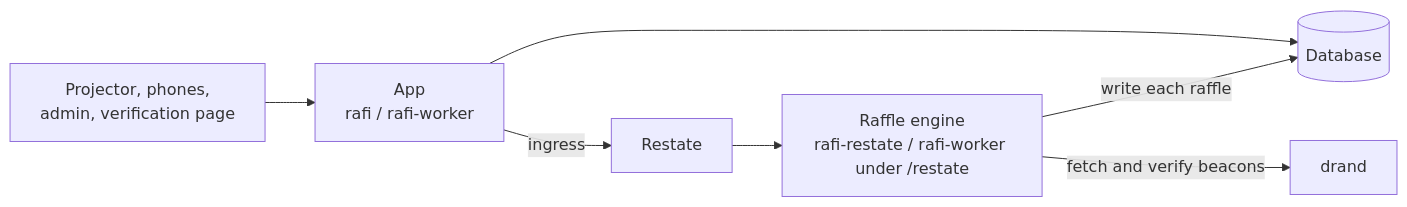
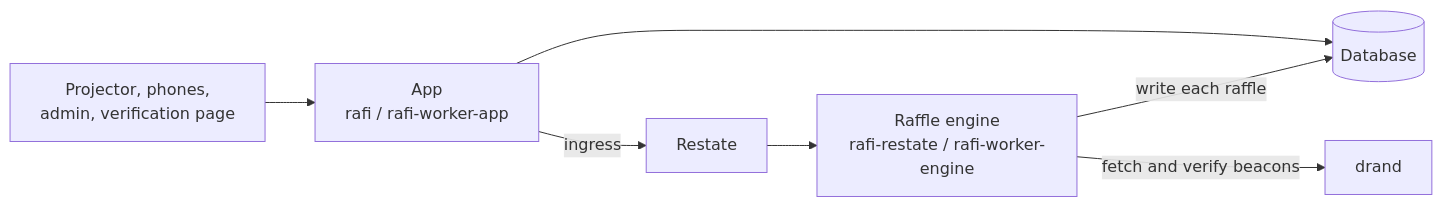
The second of 2 diagrams in README.md (sagikazarmark/rafi.orig), drawn with Mermaid before and after one commit. The commit also changed other lines of this file and 18 other files, not shown here.

````diff
--- a/README.md
+++ b/README.md
@@ -65,9 +65,9 @@
 ```mermaid
 flowchart LR
-    browsers["Projector, phones,<br/>admin, verification page"] --> app["App<br/>rafi / rafi-worker"]
+    browsers["Projector, phones,<br/>admin, verification page"] --> app["App<br/>rafi / rafi-worker-app"]
     app --> db[(Database)]
     app -->|ingress| restate["Restate"]
-    restate --> engine["Raffle engine<br/>rafi-restate / rafi-worker under /restate"]
+    restate --> engine["Raffle engine<br/>rafi-restate / rafi-worker-engine"]
     engine -->|fetch and verify beacons| drand["drand"]
     engine -->|write each raffle| db
 ```
````
